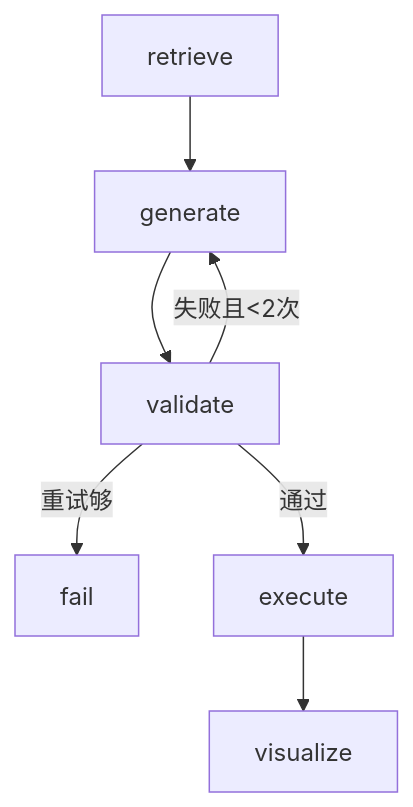
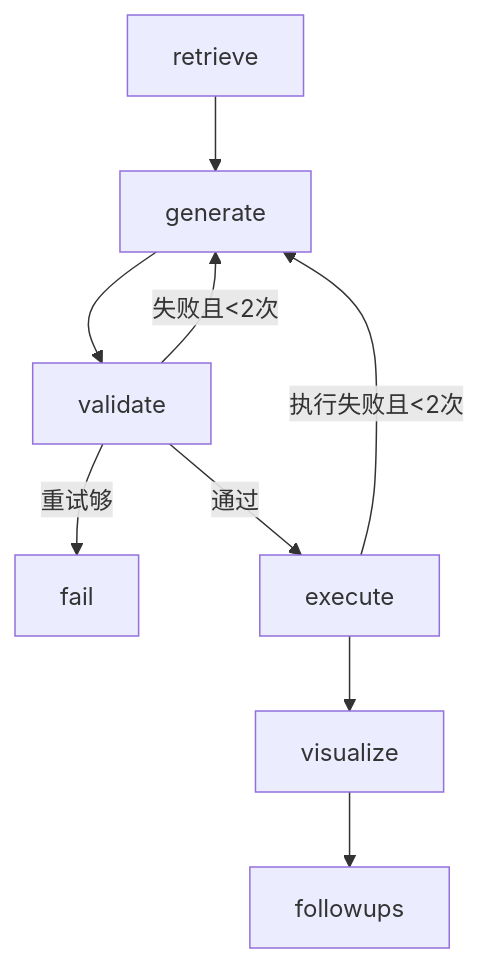
One commit to xuyi112/nl2sql-agent changed the diagram in README.md. Above: the diagram before and after it, drawn with Mermaid. The commit also changed other lines of this file and 1 other file, not shown here.

````diff
--- a/README.md
+++ b/README.md
@@ -97,9 +101,11 @@
 ```mermaid
 flowchart TD
     A[retrieve] --> B[generate]
     B --> C[validate]
     C -->|失败且<2次| B
     C -->|重试够| F[fail]
     C -->|通过| E[execute]
+    E -->|执行失败且<2次| B
     E --> V[visualize]
+    V --> G[followups]
 ```
````
